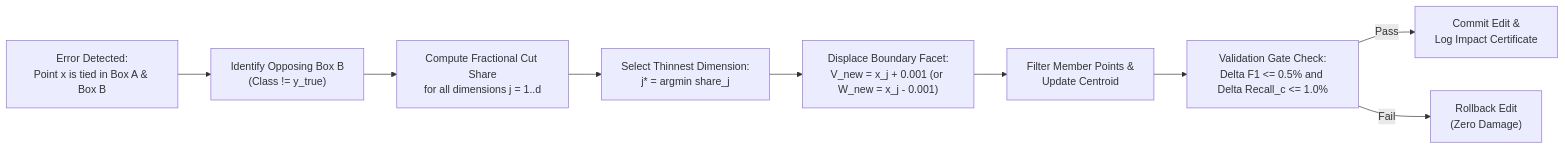
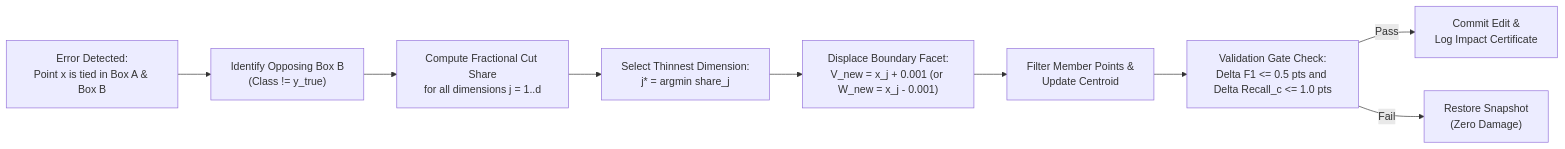
Before and after one commit to nikhilhanumantu/PACE-CFMNN-2.0: the first of 2 diagrams in paper/HYPERBOX_SHRINKAGE_AND_STRUCTURE_ANALYSIS.md, drawn with Mermaid. The commit also changed other lines of this file and 3 other files, not shown here.

````diff
--- a/paper/HYPERBOX_SHRINKAGE_AND_STRUCTURE_ANALYSIS.md
+++ b/paper/HYPERBOX_SHRINKAGE_AND_STRUCTURE_ANALYSIS.md
@@ -15,11 +15,11 @@
 ```mermaid
 flowchart LR
     A["Error Detected:<br>Point x is tied in Box A & Box B"] --> B["Identify Opposing Box B<br>(Class != y_true)"]
     B --> C["Compute Fractional Cut Share<br>for all dimensions j = 1..d"]
     C --> D["Select Thinnest Dimension:<br>j* = argmin share_j"]
     D --> E["Displace Boundary Facet:<br>V_new = x_j + 0.001 (or W_new = x_j - 0.001)"]
     E --> F["Filter Member Points &<br>Update Centroid"]
-    F --> G["Validation Gate Check:<br>Delta F1 <= 0.5% and Delta Recall_c <= 1.0%"]
+    F --> G["Validation Gate Check:<br>Delta F1 <= 0.5 pts and Delta Recall_c <= 1.0 pts"]
     G -- Pass --> H["Commit Edit &<br>Log Impact Certificate"]
-    G -- Fail --> I["Rollback Edit<br>(Zero Damage)"]
+    G -- Fail --> I["Restore Snapshot<br>(Zero Damage)"]
 ```
````
